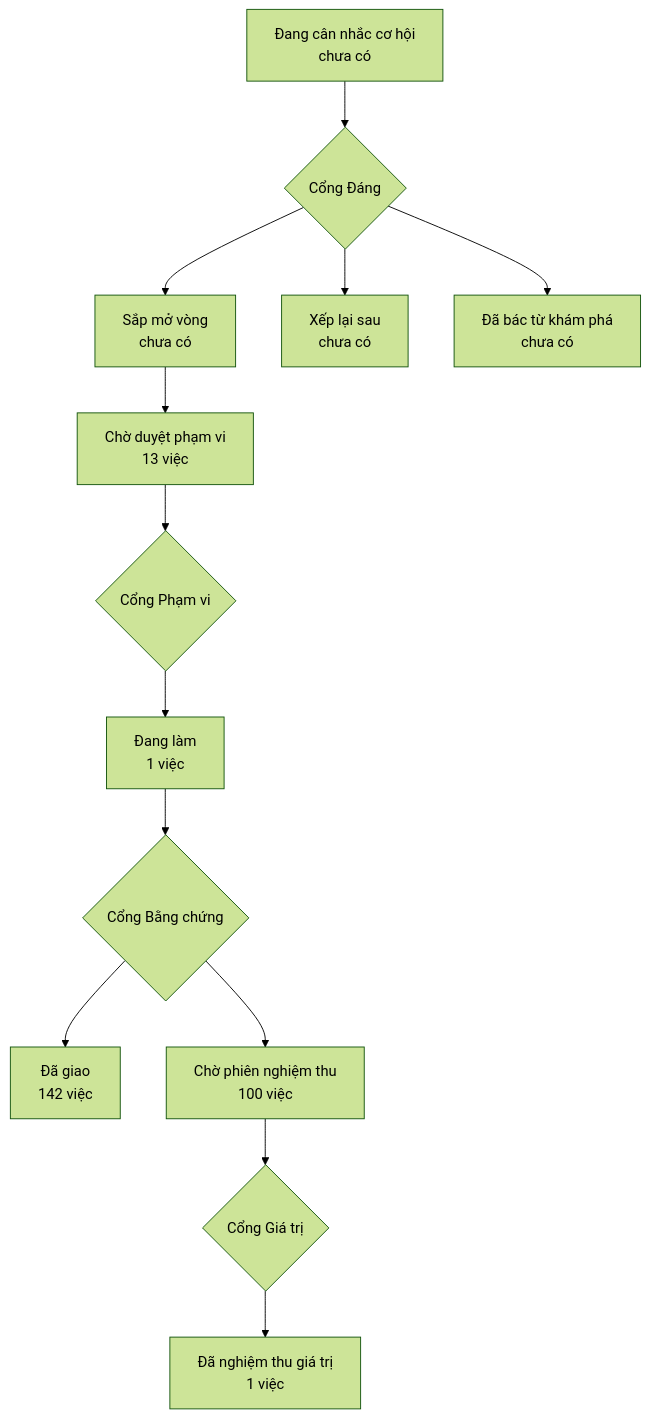
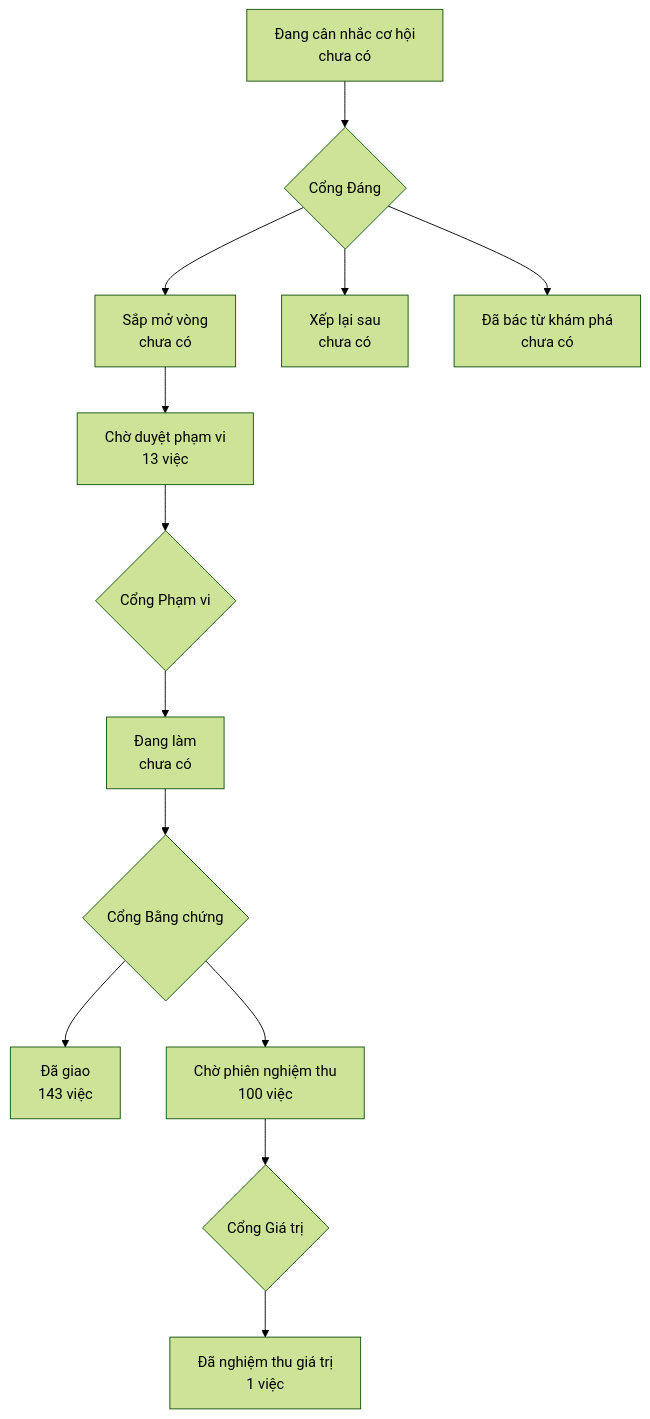
The diagram in PRODUCT-MAP.md (phanlemanh/onehub-invest), drawn with Mermaid (forest theme) before and after one commit. The commit also changed other lines of this file and 4 other files, not shown here.

````diff
--- a/PRODUCT-MAP.md
+++ b/PRODUCT-MAP.md
@@ -7,12 +7,12 @@
 ```mermaid
 flowchart TD
   A["Đang cân nhắc cơ hội<br/>chưa có"] --> GD{"Cổng Đáng"}
   GD --> B["Sắp mở vòng<br/>chưa có"]
   GD --> XL["Xếp lại sau<br/>chưa có"]
   GD --> DB["Đã bác từ khám phá<br/>chưa có"]
   B --> CD["Chờ duyệt phạm vi<br/>13 việc"] --> GP{"Cổng Phạm vi"}
-  GP --> DL["Đang làm<br/>1 việc"] --> GB{"Cổng Bằng chứng"}
-  GB --> DG["Đã giao<br/>142 việc"]
+  GP --> DL["Đang làm<br/>chưa có"] --> GB{"Cổng Bằng chứng"}
+  GB --> DG["Đã giao<br/>143 việc"]
   GB --> CN["Chờ phiên nghiệm thu<br/>100 việc"] --> GG{"Cổng Giá trị"}
   GG --> NT["Đã nghiệm thu giá trị<br/>1 việc"]
 ```
````
